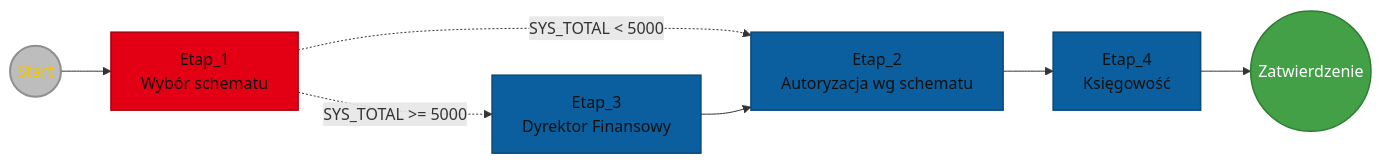
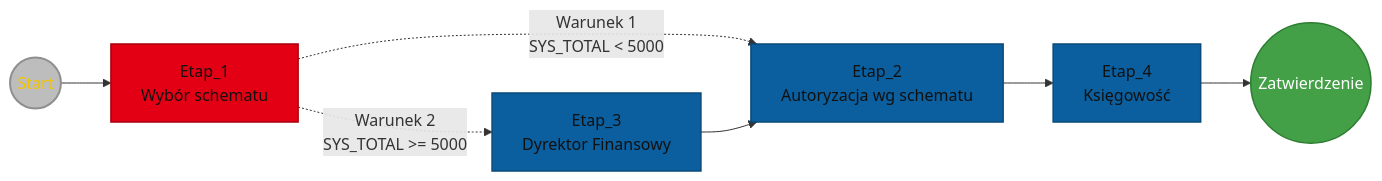
The diagram in docs/spuma-admin/Autoryzacje/Procesy/przyklady.md (altabsa/spuma-admindoc), drawn with Mermaid before and after one commit. The commit also changed 4 other files, not shown here.

````diff
--- a/docs/spuma-admin/Autoryzacje/Procesy/przyklady.md
+++ b/docs/spuma-admin/Autoryzacje/Procesy/przyklady.md
@@ -26,19 +26,19 @@
 ```mermaid
 flowchart LR
     A((Start)) --> B[Etap_1<br/>Wybór schematu]
-    B -.->|SYS_TOTAL < 5000| C[Etap_2<br/>Autoryzacja wg schematu]
-    B -.->|SYS_TOTAL >= 5000| D[Etap_3<br/>Dyrektor Finansowy]
+    B -.->|Warunek 1 <br/>SYS_TOTAL < 5000| C[Etap_2<br/>Autoryzacja wg schematu]
+    B -.->|Warunek 2 <br/>SYS_TOTAL >= 5000| D[Etap_3<br/>Dyrektor Finansowy]
     D --> C
     C --> F[Etap_4<br/>Księgowość]
     F --> E((Zatwierdzenie))
 
     classDef gray fill:#bdbdbd,stroke:#8f8f8f,color:#f2c300,stroke-width:2px;
     classDef red fill:#E40014,stroke:#A8000F,stroke-width:1.5px,color:#111;
     classDef blue fill:#0B5F9E,stroke:#084A7A,stroke-width:1.5px,color:#111;
     classDef green fill:#43A047,stroke:#2E7D32,stroke-width:1.5px,color:#fff;
 
     class A gray;
     class B red;
     class C,D,F blue;
     class E green;
 ```
````
